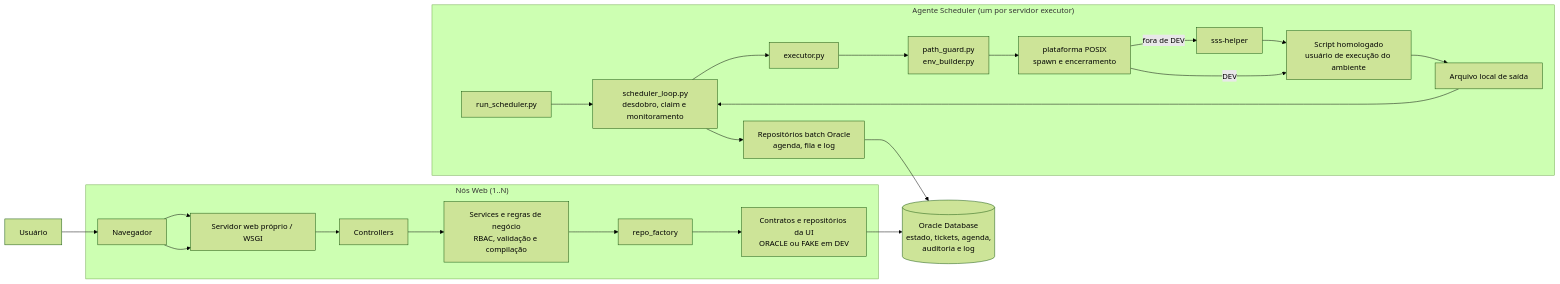
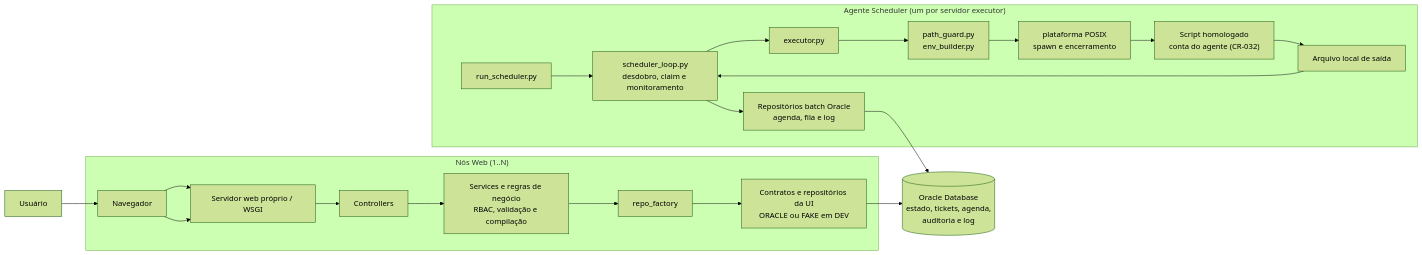
Before and after one commit to ferreirasilvaeduardo/script_scheduling_service_web2py: the first of 2 diagrams in README.md, drawn with Mermaid (forest theme). The commit also changed other lines of this file and 87 other files, not shown here.

````diff
--- a/README.md
+++ b/README.md
@@ -3095,38 +3052,36 @@
 ```mermaid
 flowchart LR
     pessoa["Usuário"]
     browser["Navegador"]
 
     subgraph web["Nós Web (1..N)"]
         wsgi["Servidor web próprio / WSGI"]
         controllers["Controllers"]
         services["Services e regras de negócio<br/>RBAC, validação e compilação"]
         factory["repo_factory"]
         ui_repos["Contratos e repositórios da UI<br/>ORACLE ou FAKE em DEV"]
         browser --> wsgi --> controllers --> services --> factory --> ui_repos
     end
 
     subgraph agente["Agente Scheduler (um por servidor executor)"]
         entry["run_scheduler.py"]
         loop["scheduler_loop.py<br/>desdobro, claim e monitoramento"]
         batch["Repositórios batch Oracle<br/>agenda, fila e log"]
         executor["executor.py"]
         guards["path_guard.py<br/>env_builder.py"]
         platform["plataforma POSIX<br/>spawn e encerramento"]
-        helper["sss-helper"]
-        script["Script homologado<br/>usuário de execução do ambiente"]
+        script["Script homologado<br/>conta do agente (CR-032)"]
         local_log["Arquivo local de saída"]
         entry --> loop
         loop --> batch
         loop --> executor --> guards --> platform
-        platform -->|"fora de DEV"| helper --> script
-        platform -->|"DEV"| script
+        platform --> script
         script --> local_log
         local_log --> loop
     end
 
     oracle[("Oracle Database<br/>estado, tickets, agenda,<br/>auditoria e log")]
     pessoa --> browser --> wsgi
     ui_repos --> oracle
     batch --> oracle
 ```
````
